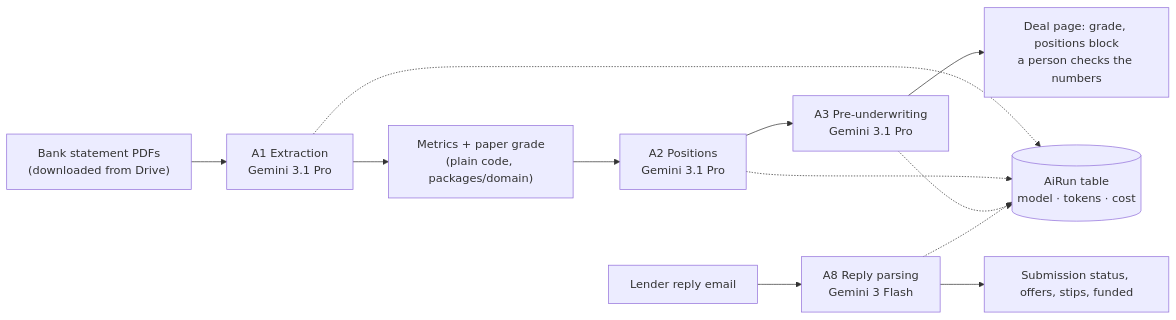
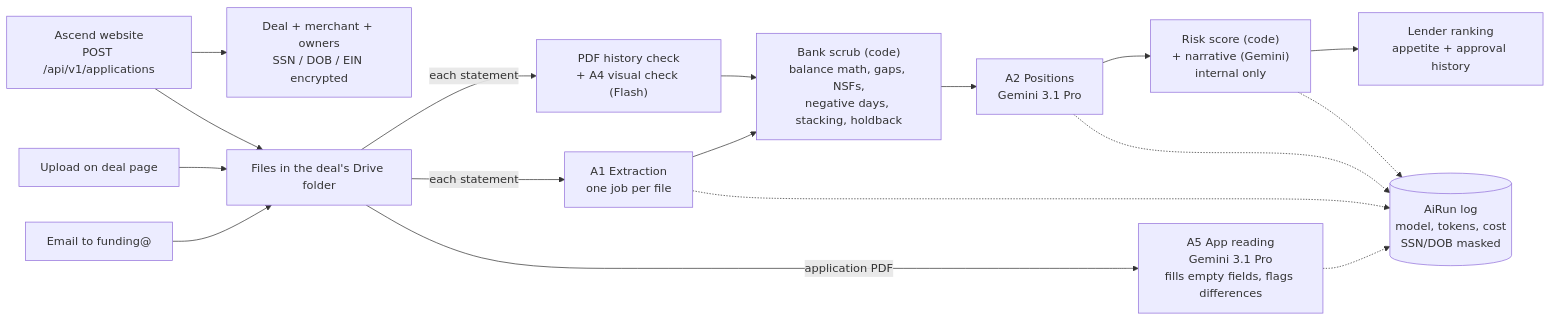
One commit to dewil95/tutos1 changed the sixth of 7 diagrams in docs/ARCHITECTURE.md. Above: the diagram before and after it, drawn with Mermaid. The commit also changed other lines of this file and 2 other files, not shown here.

First line of the commit message:
Docs: website API, bank scrub, Risk Report, watermarks, email automation

````diff
--- a/docs/ARCHITECTURE.md
+++ b/docs/ARCHITECTURE.md
@@ -133,11 +137,15 @@
 ```mermaid
 flowchart LR
-  pdf["Bank statement PDFs<br/>(downloaded from Drive)"] --> a1["A1 Extraction<br/>Gemini 3.1 Pro"]
-  a1 --> m["Metrics + paper grade<br/>(plain code, packages/domain)"]
-  m --> a2["A2 Positions<br/>Gemini 3.1 Pro"]
-  a2 --> a3["A3 Pre-underwriting<br/>Gemini 3.1 Pro"]
-  a3 --> v["Deal page: grade, positions block<br/>a person checks the numbers"]
-  reply["Lender reply email"] --> a8["A8 Reply parsing<br/>Gemini 3 Flash"]
-  a8 --> s["Submission status, offers, stips, funded"]
-  a1 & a2 & a3 & a8 -.-> run[("AiRun table<br/>model · tokens · cost")]
+  web["Ascend website<br/>POST /api/v1/applications"] --> deal["Deal + merchant + owners<br/>SSN / DOB / EIN encrypted"]
+  mail["Email to funding@"] --> files
+  up["Upload on deal page"] --> files
+  web --> files["Files in the deal's Drive folder"]
+  files -- application PDF --> a5["A5 App reading<br/>Gemini 3.1 Pro<br/>fills empty fields, flags differences"]
+  files -- each statement --> a1["A1 Extraction<br/>one job per file"]
+  files -- each statement --> chk["PDF history check<br/>+ A4 visual check (Flash)"]
+  a1 & chk --> scrub["Bank scrub (code)<br/>balance math, gaps, NSFs,<br/>negative days, stacking, holdback"]
+  scrub --> a2["A2 Positions<br/>Gemini 3.1 Pro"]
+  a2 --> risk["Risk score (code)<br/>+ narrative (Gemini)<br/>internal only"]
+  risk --> rank["Lender ranking<br/>appetite + approval history"]
+  a5 & a1 & a2 & risk -.-> run[("AiRun log<br/>model, tokens, cost<br/>SSN/DOB masked")]
 ```
````
